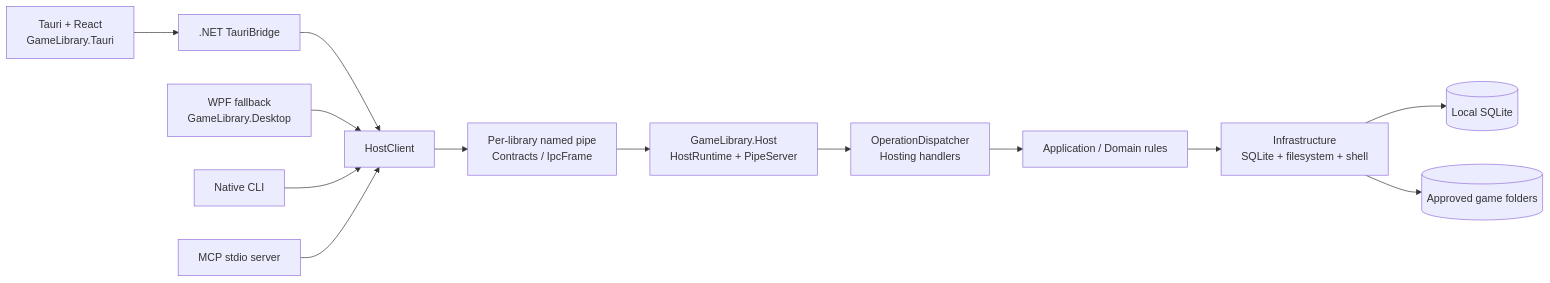
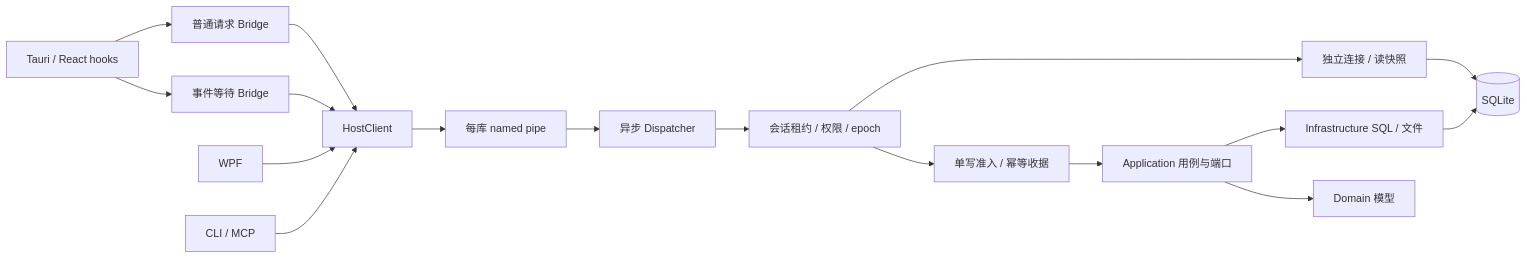
The diagram in docs/code-review-graph/architecture.md (sumingwang233/GameLibrary), drawn with Mermaid before and after one commit. The commit also changed other lines of this file and 211 other files, not shown here.

Commit message:
feat: prepare GameLibrary v1.6.0 with localization and release standards

````diff
--- a/docs/code-review-graph/architecture.md
+++ b/docs/code-review-graph/architecture.md
@@ -5,24 +7,19 @@
 ```mermaid
 flowchart LR
-    UI[Tauri + React\nGameLibrary.Tauri]
-    Bridge[.NET TauriBridge]
-    Desktop[WPF fallback\nGameLibrary.Desktop]
-    CLI[Native CLI]
-    MCP[MCP stdio server]
-    Client[HostClient]
-    Pipe[Per-library named pipe\nContracts / IpcFrame]
-    Host[GameLibrary.Host\nHostRuntime + PipeServer]
-    Dispatch[OperationDispatcher\nHosting handlers]
-    App[Application / Domain rules]
-    Infra[Infrastructure\nSQLite + filesystem + shell]
-    DB[(Local SQLite)]
-    FS[(Approved game folders)]
-
-    UI --> Bridge --> Client
-    Desktop --> Client
-    CLI --> Client
-    MCP --> Client
-    Client --> Pipe --> Host --> Dispatch --> App --> Infra
-    Infra --> DB
-    Infra --> FS
+    UI[Tauri / React hooks] --> Normal[普通请求 Bridge]
+    UI --> Events[事件等待 Bridge]
+    WPF[WPF] --> Client[HostClient]
+    CLI[CLI / MCP] --> Client
+    Normal --> Client
+    Events --> Client
+    Client --> Pipe[每库 named pipe]
+    Pipe --> Dispatch[异步 Dispatcher]
+    Dispatch --> Gate[会话租约 / 权限 / epoch]
+    Gate --> Read[独立连接 / 读快照]
+    Gate --> Write[单写准入 / 幂等收据]
+    Write --> App[Application 用例与端口]
+    App --> Infra[Infrastructure SQL / 文件]
+    App --> Domain[Domain 模型]
+    Infra --> DB[(SQLite)]
+    Read --> DB
 ```
````
